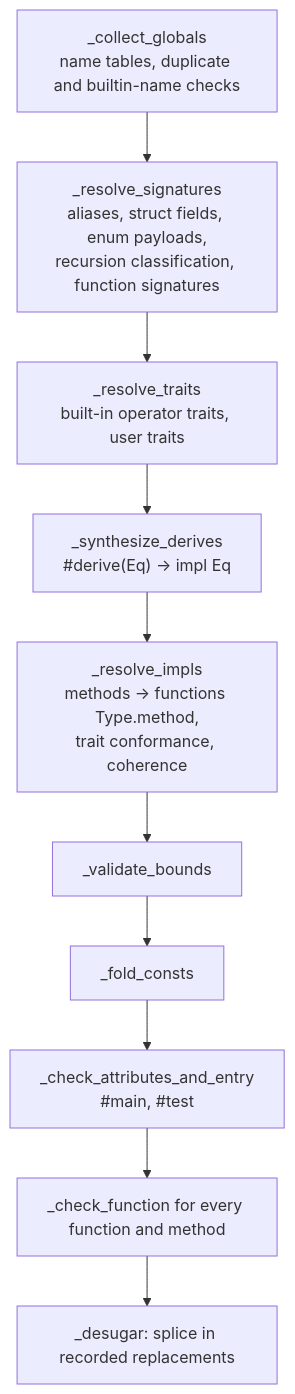
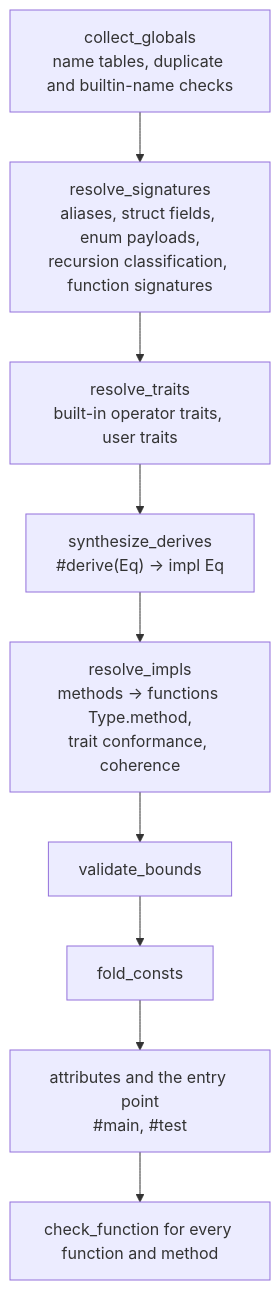
The diagram in docs/Architecture/Type-checker.md (h3ll5ur7er/myla), drawn with Mermaid before and after one commit. The commit also changed other lines of this file and 40 other files, not shown here.

````diff
--- a/docs/Architecture/Type-checker.md
+++ b/docs/Architecture/Type-checker.md
@@ -15,12 +15,11 @@
 ```mermaid
 flowchart TD
-    a["_collect_globals<br/>name tables, duplicate and builtin-name checks"] --> b["_resolve_signatures<br/>aliases, struct fields, enum payloads,<br/>recursion classification, function signatures"]
-    b --> c["_resolve_traits<br/>built-in operator traits, user traits"]
-    c --> d["_synthesize_derives<br/>#derive(Eq) → impl Eq"]
-    d --> e["_resolve_impls<br/>methods → functions Type.method,<br/>trait conformance, coherence"]
-    e --> f["_validate_bounds"]
-    f --> g["_fold_consts"]
-    g --> h["_check_attributes_and_entry<br/>#main, #test"]
-    h --> i["_check_function for every function and method"]
-    i --> j["_desugar: splice in recorded replacements"]
+    a["collect_globals<br/>name tables, duplicate and builtin-name checks"] --> b["resolve_signatures<br/>aliases, struct fields, enum payloads,<br/>recursion classification, function signatures"]
+    b --> c["resolve_traits<br/>built-in operator traits, user traits"]
+    c --> d["synthesize_derives<br/>#derive(Eq) → impl Eq"]
+    d --> e["resolve_impls<br/>methods → functions Type.method,<br/>trait conformance, coherence"]
+    e --> f["validate_bounds"]
+    f --> g["fold_consts"]
+    g --> h["attributes and the entry point<br/>#main, #test"]
+    h --> i["check_function for every function and method"]
 ```
````
